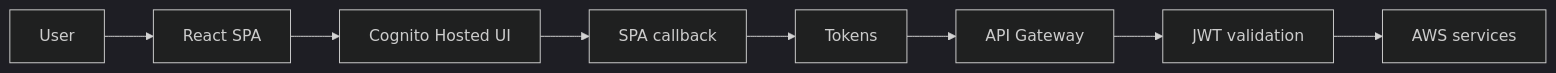
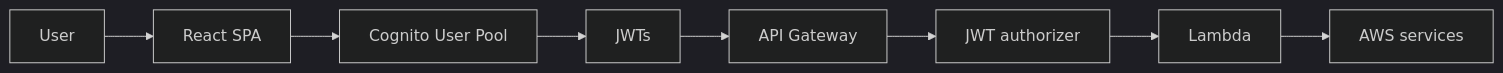
One commit to AWS-IAM-Dashboard/IAM-Dashboard changed the diagram in docs/backend/cognito-infrastructure.md. Above: the diagram before and after it, drawn with Mermaid (dark theme). The commit also changed other lines of this file and 7 other files, not shown here.

````diff
--- a/docs/backend/cognito-infrastructure.md
+++ b/docs/backend/cognito-infrastructure.md
@@ -80,10 +67,10 @@
 ```mermaid
 flowchart LR
   A[User] --> B[React SPA]
-  B --> C[Cognito Hosted UI]
-  C --> D[SPA callback]
-  D --> E[Tokens]
-  E --> F[API Gateway]
-  F --> G[JWT validation]
+  B --> C[Cognito User Pool]
+  C --> D[JWTs]
+  D --> E[API Gateway]
+  E --> F[JWT authorizer]
+  F --> G[Lambda]
   G --> H[AWS services]
 ```
````
